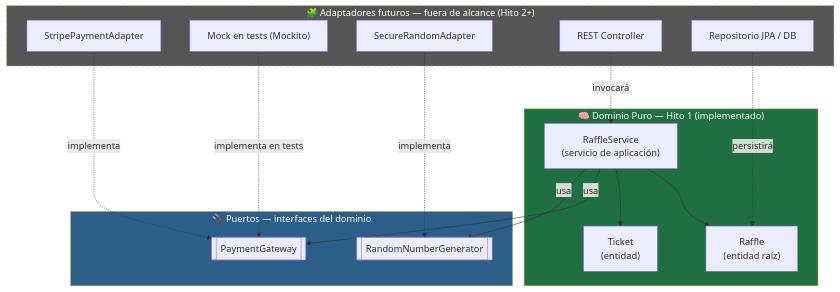
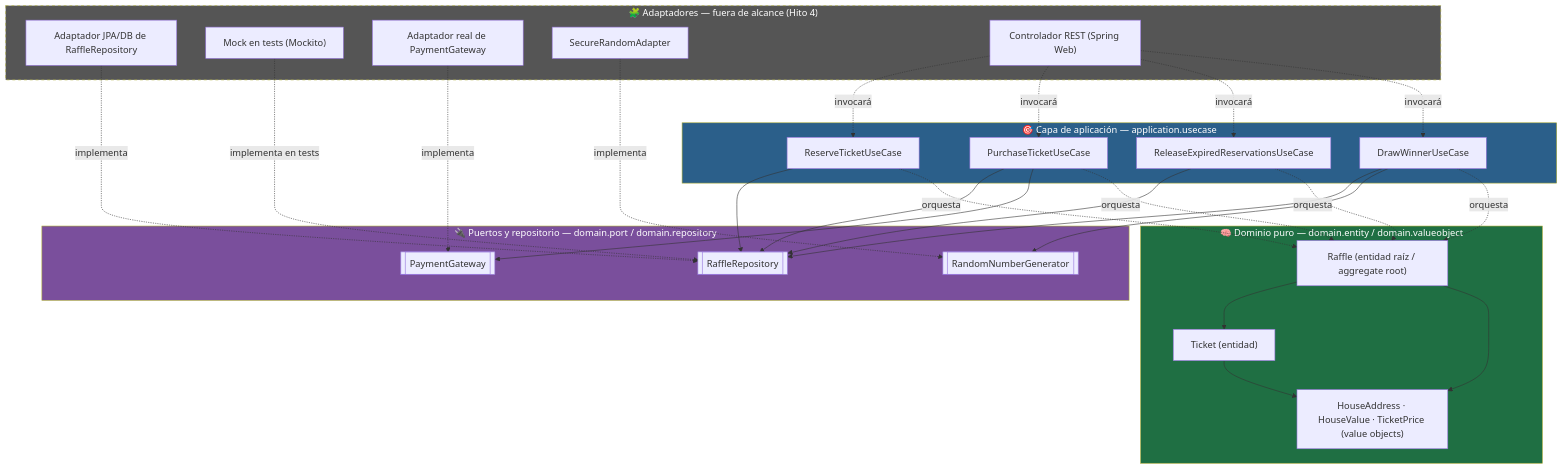
One commit to D-Araya/ClickTuCasa changed the second of 9 diagrams in README.md. Above: the diagram before and after it, drawn with Mermaid. The commit also changed other lines of this file and 48 other files, not shown here.

````diff
--- a/README.md
+++ b/README.md
@@ -68,35 +97,58 @@
 ```mermaid
 graph TB
-    subgraph CORE["🧠 Dominio Puro — Hito 1 (implementado)"]
-        RS["RaffleService<br/>(servicio de aplicación)"]
-        R["Raffle<br/>(entidad raíz)"]
-        T["Ticket<br/>(entidad)"]
-        RS --> R
-        RS --> T
+    subgraph APP["🎯 Capa de aplicación — application.usecase"]
+        UC1["ReserveTicketUseCase"]
+        UC2["PurchaseTicketUseCase"]
+        UC3["ReleaseExpiredReservationsUseCase"]
+        UC4["DrawWinnerUseCase"]
     end
 
-    subgraph PORTS["🔌 Puertos — interfaces del dominio"]
+    subgraph CORE["🧠 Dominio puro — domain.entity / domain.valueobject"]
+        R["Raffle (entidad raíz / aggregate root)"]
+        T["Ticket (entidad)"]
+        VO["HouseAddress · HouseValue · TicketPrice (value objects)"]
+        R --> T
+        R --> VO
+        T --> VO
+    end
+
+    subgraph PORTS["🔌 Puertos y repositorio — domain.port / domain.repository"]
+        RR[["RaffleRepository"]]
         PG[["PaymentGateway"]]
         RNG[["RandomNumberGenerator"]]
     end
 
-    subgraph ADAPTERS["🧩 Adaptadores futuros — fuera de alcance (Hito 2+)"]
-        STRIPE["StripePaymentAdapter"]
-        MOCKPAY["Mock en tests (Mockito)"]
+    subgraph ADAPTERS["🧩 Adaptadores — fuera de alcance (Hito 4)"]
+        JPAIMPL["Adaptador JPA/DB de RaffleRepository"]
+        MOCKREPO["Mock en tests (Mockito)"]
+        STRIPE["Adaptador real de PaymentGateway"]
         SECRAND["SecureRandomAdapter"]
-        REST["REST Controller"]
-        JPA["Repositorio JPA / DB"]
+        REST["Controlador REST (Spring Web)"]
     end
 
-    RS -->|usa| PG
-    RS -->|usa| RNG
+    UC1 --> RR
+    UC2 --> RR
+    UC2 --> PG
+    UC3 --> RR
+    UC4 --> RR
+    UC4 --> RNG
+
+    UC1 -.orquesta.-> R
+    UC2 -.orquesta.-> R
+    UC3 -.orquesta.-> R
+    UC4 -.orquesta.-> R
+
+    JPAIMPL -.implementa.-> RR
+    MOCKREPO -.implementa en tests.-> RR
     STRIPE -.implementa.-> PG
-    MOCKPAY -.implementa en tests.-> PG
     SECRAND -.implementa.-> RNG
-    REST -.invocará.-> RS
-    JPA -.persistirá.-> R
+    REST -.invocará.-> UC1
+    REST -.invocará.-> UC2
+    REST -.invocará.-> UC3
+    REST -.invocará.-> UC4
 
+    style APP fill:#2b5f8a,color:#fff
     style CORE fill:#1f6f43,color:#fff
-    style PORTS fill:#2b5f8a,color:#fff
+    style PORTS fill:#7a4f9c,color:#fff
     style ADAPTERS fill:#555,color:#fff,stroke-dasharray: 5 5
 ```
````
